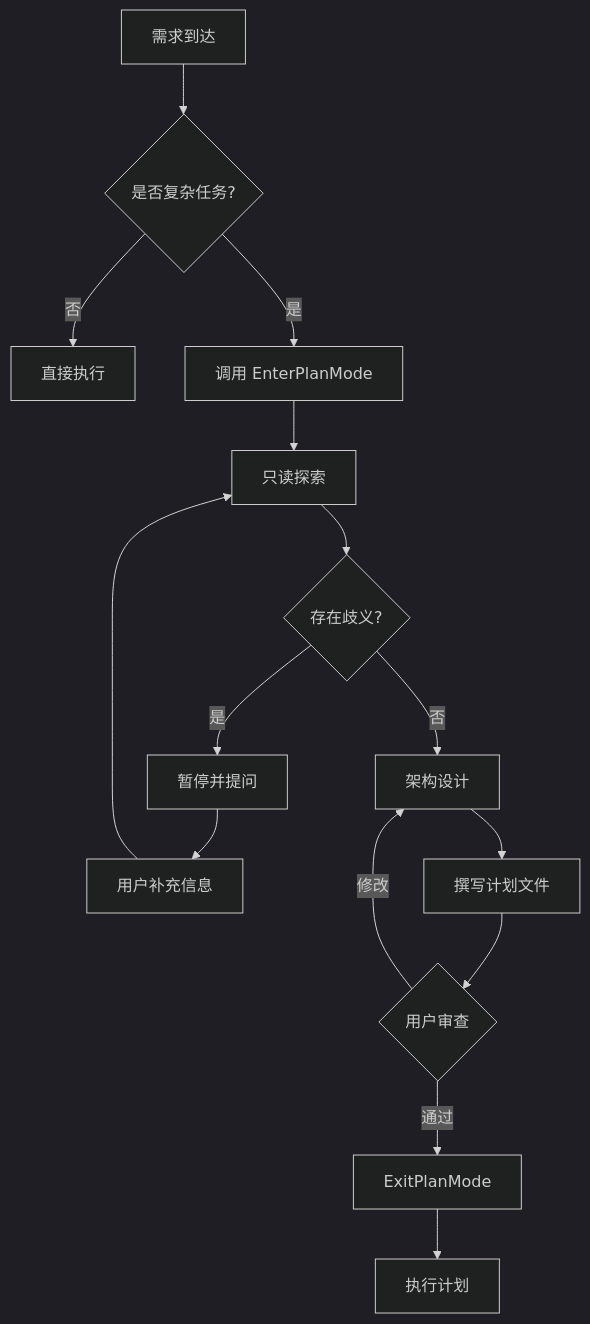
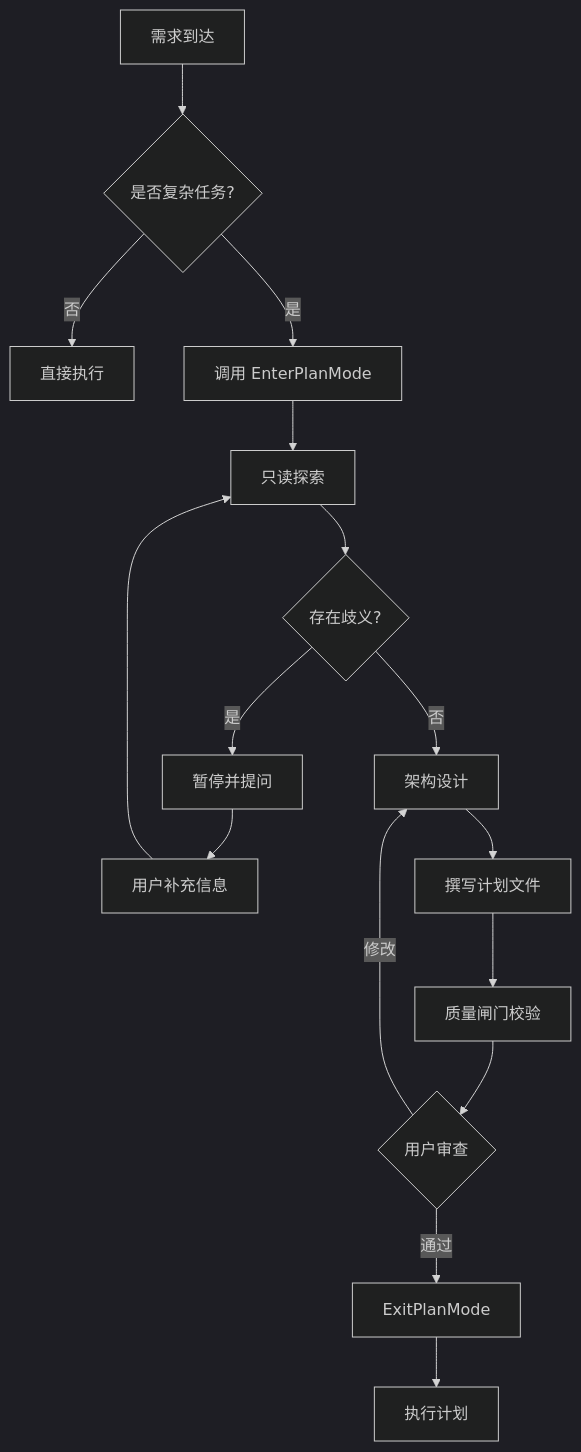
The first of 2 diagrams in README.md (story-has-you/skills), drawn with Mermaid (dark theme) before and after one commit. The commit also changed other lines of this file, not shown here.

````diff
--- a/README.md
+++ b/README.md
@@ -81,17 +97,18 @@
 ```mermaid
 graph TD
     A[需求到达] --> B{是否复杂任务?}
     B -- 否 --> C[直接执行]
     B -- 是 --> D[调用 EnterPlanMode]
     D --> E[只读探索]
     E --> F{存在歧义?}
     F -- 是 --> G[暂停并提问]
     G --> H[用户补充信息]
     H --> E
     F -- 否 --> I[架构设计]
     I --> J[撰写计划文件]
-    J --> K{用户审查}
-    K -- 修改 --> I
-    K -- 通过 --> L[ExitPlanMode]
-    L --> M[执行计划]
+    J --> K[质量闸门校验]
+    K --> L{用户审查}
+    L -- 修改 --> I
+    L -- 通过 --> M[ExitPlanMode]
+    M --> N[执行计划]
 ```
````
